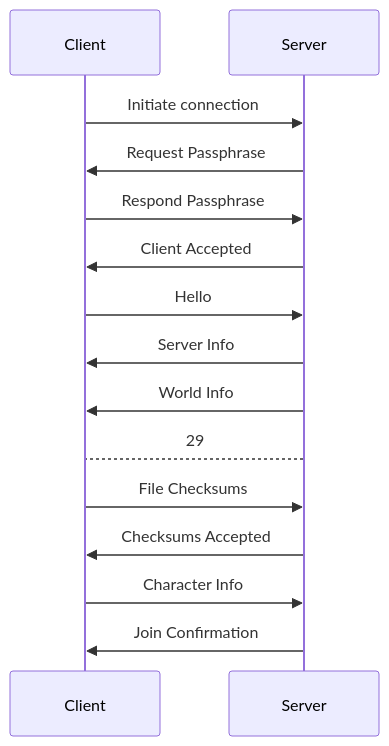
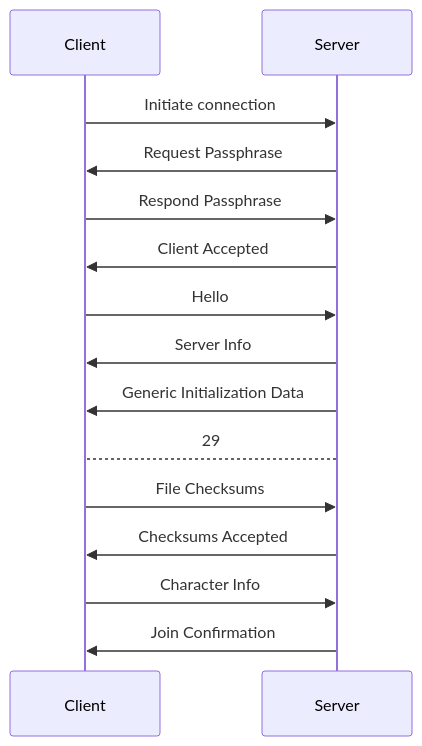
Before and after one commit to Scrap-Mods/docs: the fifth of 6 diagrams in docs/networking/protocol/joining.mdx, drawn with Mermaid. The commit also changed other lines of this file, not shown here.

````diff
--- a/docs/networking/protocol/joining.mdx
+++ b/docs/networking/protocol/joining.mdx
@@ -90,15 +90,15 @@
 ```mermaid
 sequenceDiagram
     Client->>Server: Initiate connection
     Server->>Client: Request Passphrase
     Client->>Server: Respond Passphrase
     Server->>Client: Client Accepted 
     Client->>Server: Hello
     Server->>Client: Server Info
-    Server->>Client: World Info
+    Server->>Client: Generic Initialization Data
     Server-->Client: 29
     Client->>Server: File Checksums
     Server->>Client: Checksums Accepted
     Client->>Server: Character Info
     Server->>Client: Join Confirmation
 ```
````
